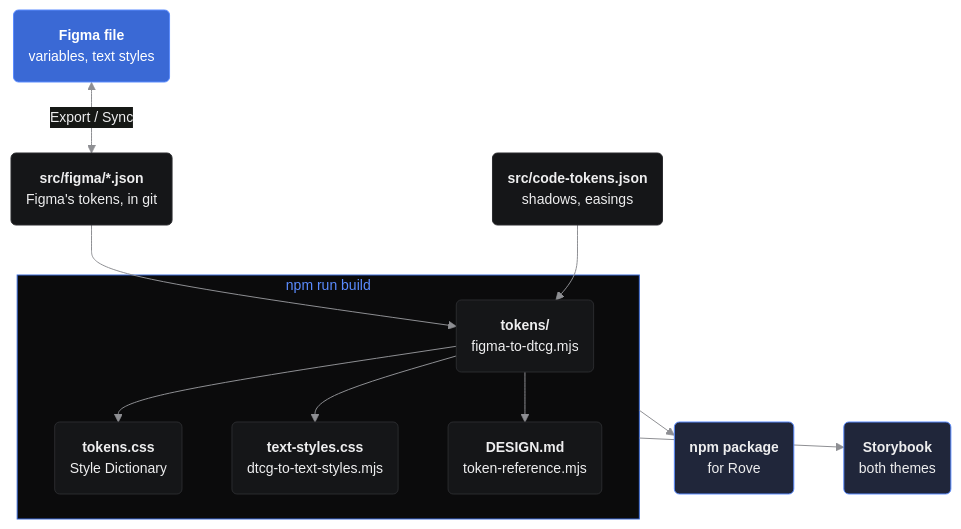
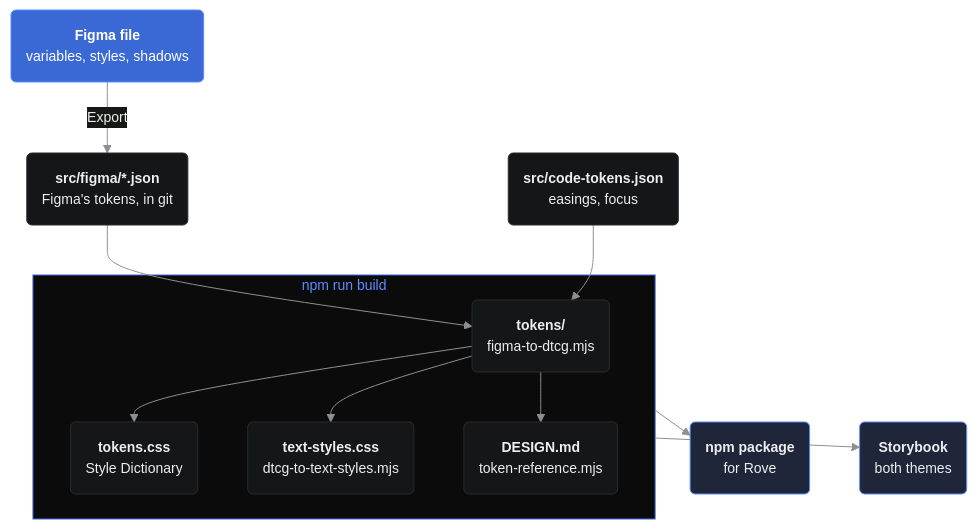
One commit to swiftsolve/rove-tokens changed the diagram in README.md. Above: the diagram before and after it, drawn with Mermaid. The commit also changed other lines of this file and 13 other files, not shown here.

First line of the commit message:
feat(figma)!: tokens flow one way, from Figma into the repo; the plugin exports and checks, and never writes to the file

````diff
--- a/README.md
+++ b/README.md
@@ -41,26 +41,26 @@
 ```mermaid
 %%{init: {"themeCSS": ".cluster-label { translate: 236px 0; }", "theme": "base", "themeVariables": {"fontFamily": "Inter, -apple-system, Segoe UI, Helvetica, Arial, sans-serif", "fontSize": "14px", "primaryColor": "#151618", "primaryTextColor": "#eeeeef", "primaryBorderColor": "#2b2c2f", "lineColor": "#8e8f93", "clusterBkg": "#0b0b0c", "clusterBorder": "#3a69d5", "titleColor": "#5b8cff", "dropShadow": "none"}}}%%
 flowchart TD
-  figma("<b>Figma file</b><br/>variables, text styles"):::source
+  figma("<b>Figma file</b><br/>variables, styles, shadows"):::source
   exports("<b>src/figma/*.json</b><br/>Figma's tokens, in git"):::file
-  code("<b>src/code‑tokens.json</b><br/>shadows, easings"):::file
+  code("<b>src/code‑tokens.json</b><br/>easings, focus"):::file
 
   subgraph build ["npm run build"]
     dtcg("<b>tokens/</b><br/>figma‑to‑dtcg.mjs"):::file
     css("<b>tokens.css</b><br/>Style Dictionary"):::file
     textCss("<b>text-styles.css</b><br/>dtcg‑to‑text‑styles.mjs"):::file
     design("<b>DESIGN.md</b><br/>token‑reference.mjs"):::file
   end
 
   pkg("<b>npm package</b><br/>for Rove"):::ship
   storybook("<b>Storybook</b><br/>both themes"):::ship
 
-  figma <-->|Export / Sync| exports
+  figma -->|Export| exports
   exports & code --> dtcg
   dtcg --> css & textCss & design
   build --> pkg & storybook
 
   classDef source fill:#3a69d5,stroke:#5b8cff,color:#ffffff
   classDef file fill:#151618,stroke:#2b2c2f,color:#eeeeef
   classDef ship fill:#20263a,stroke:#5b8cff,color:#eeeeef
 ```
````
